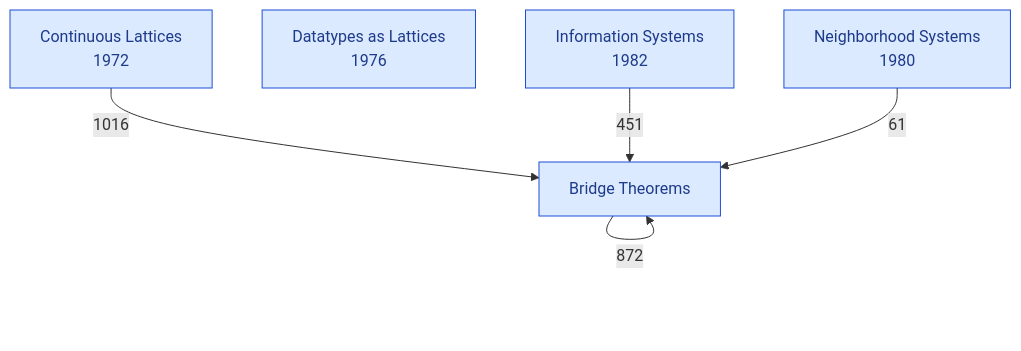
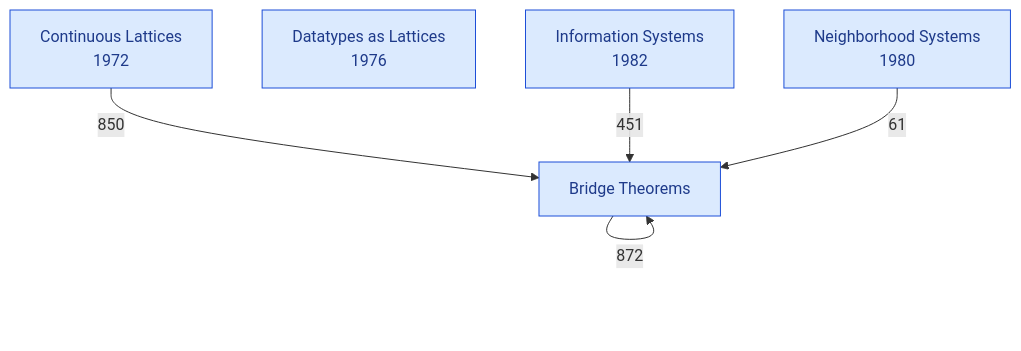
One commit to catskillsresearch/DomainTheory changed the diagram in DomainTheory.mermaid. Above: the diagram before and after it, drawn with Mermaid. The commit also changed 44 other files, not shown here.

First line of the commit message:
Split Theorem 2.12 chain into peer notes and improve outline mermaid deps.

```diff
--- a/DomainTheory.mermaid
+++ b/DomainTheory.mermaid
@@ -1,18 +1,18 @@
 %% Each box is one chapter on the top page.
 %% The arrowhead is on the chapter that imports. The number is a direct-import count.
 %% Datatypes as lattices and the references have no Lean imports across these chapters.
 flowchart TB
 
   BR["Bridge Theorems"]
   CL["Continuous Lattices\n1972"]
   DT["Datatypes as Lattices\n1976"]
   IS["Information Systems\n1982"]
   NS["Neighborhood Systems\n1980"]
 
   BR -->|"872"| BR
-  CL -->|"1016"| BR
+  CL -->|"850"| BR
   IS -->|"451"| BR
   NS -->|"61"| BR
 
   classDef chapter fill:#dbeafe,stroke:#1d4ed8,color:#1e3a8a
   class CL,DT,NS,IS,BR chapter
```
